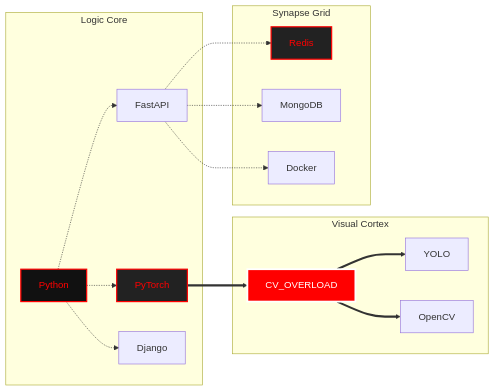
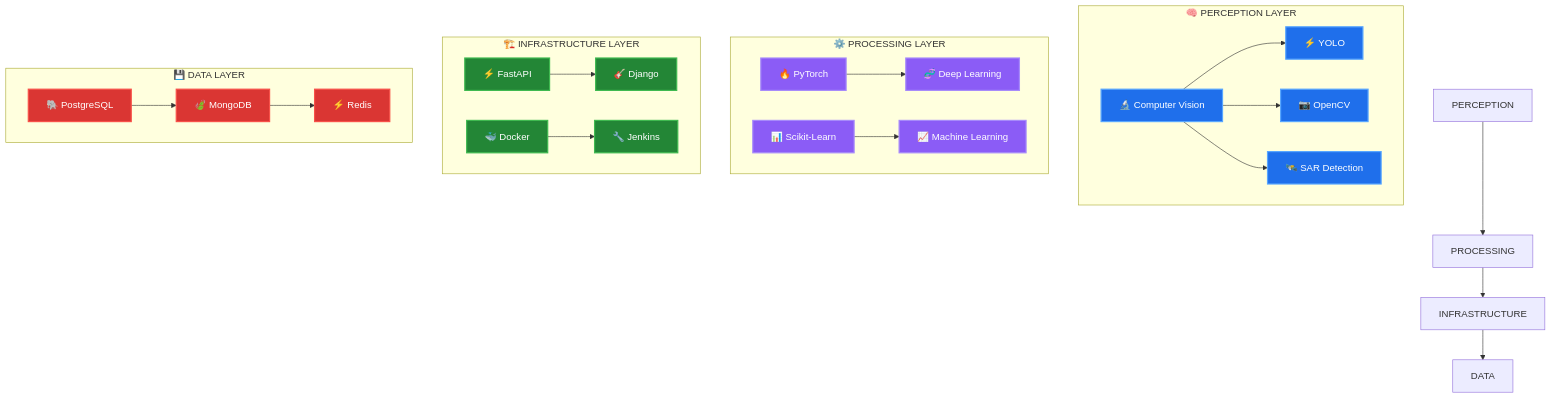
The diagram in README.md (KDhyanaSamaga/KDhyanaSamaga), drawn with Mermaid before and after one commit. The commit also changed other lines of this file, not shown here.

````diff
--- a/README.md
+++ b/README.md
@@ -79,25 +173,41 @@
 ```mermaid
-graph LR
-    subgraph "Logic Core"
-    Python -.-> PyTorch
-    Python -.-> FastAPI
-    Python -.-> Django
+graph TB
+    subgraph "🧠 PERCEPTION LAYER"
+        direction LR
+        CV["🔬 Computer Vision"] --> YOLO["⚡ YOLO"]
+        CV --> OCV["📷 OpenCV"]
+        CV --> SAR["🛰️ SAR Detection"]
     end
 
-    subgraph "Visual Cortex"
-    PyTorch ==> CV[CV_OVERLOAD]
-    CV ==> YOLO
-    CV ==> OpenCV
+    subgraph "⚙️ PROCESSING LAYER"
+        direction LR
+        PT["🔥 PyTorch"] --> DL["🧬 Deep Learning"]
+        SK["📊 Scikit-Learn"] --> ML["📈 Machine Learning"]
     end
 
-    subgraph "Synapse Grid"
-    FastAPI -.-> Redis
-    FastAPI -.-> MongoDB
-    FastAPI -.-> Docker
+    subgraph "🏗️ INFRASTRUCTURE LAYER"
+        direction LR
+        FA["⚡ FastAPI"] --> DJ["🎸 Django"]
+        DK["🐳 Docker"] --> JK["🔧 Jenkins"]
     end
 
-    style Python fill:#111,stroke:#F00,stroke-width:2px,color:#F00
-    style PyTorch fill:#222,stroke:#F00,stroke-width:2px,color:#F00
-    style CV fill:#FF0000,stroke:#FFF,stroke-width:3px,color:#FFF
-    style Redis fill:#222,stroke:#F00,stroke-width:2px,color:#F00
+    subgraph "💾 DATA LAYER"
+        direction LR
+        MG["🍃 MongoDB"] --> RD["⚡ Redis"]
+        PG["🐘 PostgreSQL"] --> MG
+    end
+
+    PERCEPTION --> PROCESSING
+    PROCESSING --> INFRASTRUCTURE
+    INFRASTRUCTURE --> DATA
+
+    classDef perception fill:#1f6feb,stroke:#58a6ff,color:#fff,stroke-width:2px
+    classDef processing fill:#8b5cf6,stroke:#a78bfa,color:#fff,stroke-width:2px
+    classDef infra fill:#238636,stroke:#3fb950,color:#fff,stroke-width:2px
+    classDef data fill:#da3633,stroke:#f85149,color:#fff,stroke-width:2px
+
+    class CV,YOLO,OCV,SAR perception
+    class PT,DL,SK,ML processing
+    class FA,DJ,DK,JK infra
+    class MG,RD,PG data
 ```
````
